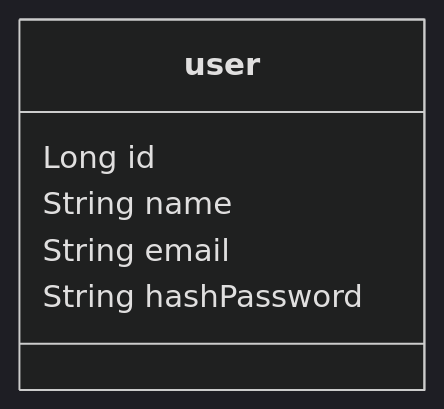
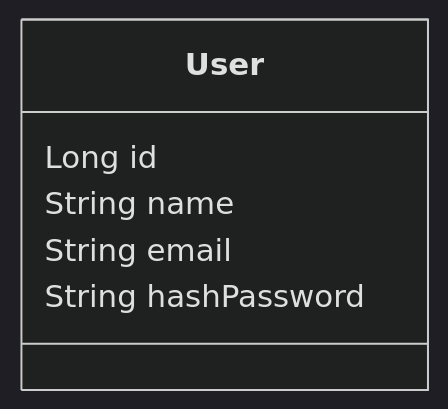
Before and after one commit to KiranACD/project-notes: the second of 2 diagrams in README.md, drawn with Mermaid (dark theme).

Commit message:
Adding classDiagram 2

````diff
--- a/README.md
+++ b/README.md
@@ -1021,7 +1021,9 @@
 ```mermaid
 classDiagram
-user: Long id
-user: String name
-user: String email
-user: String hashPassword
+class User {
+  Long id
+  String name
+  String email
+  String hashPassword
+}
 ```
````
